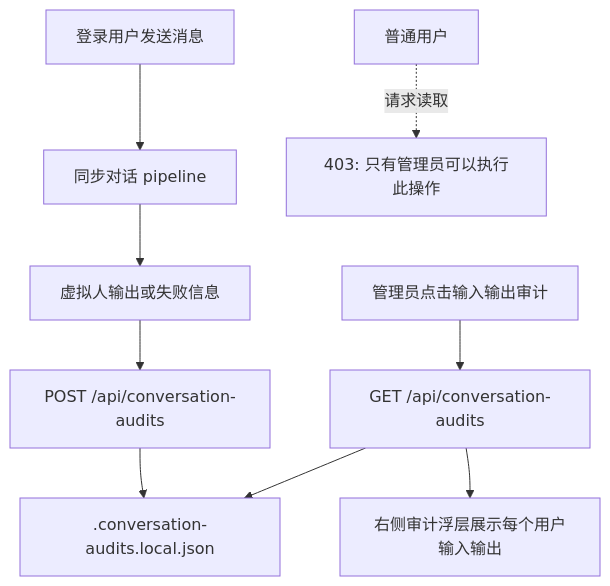
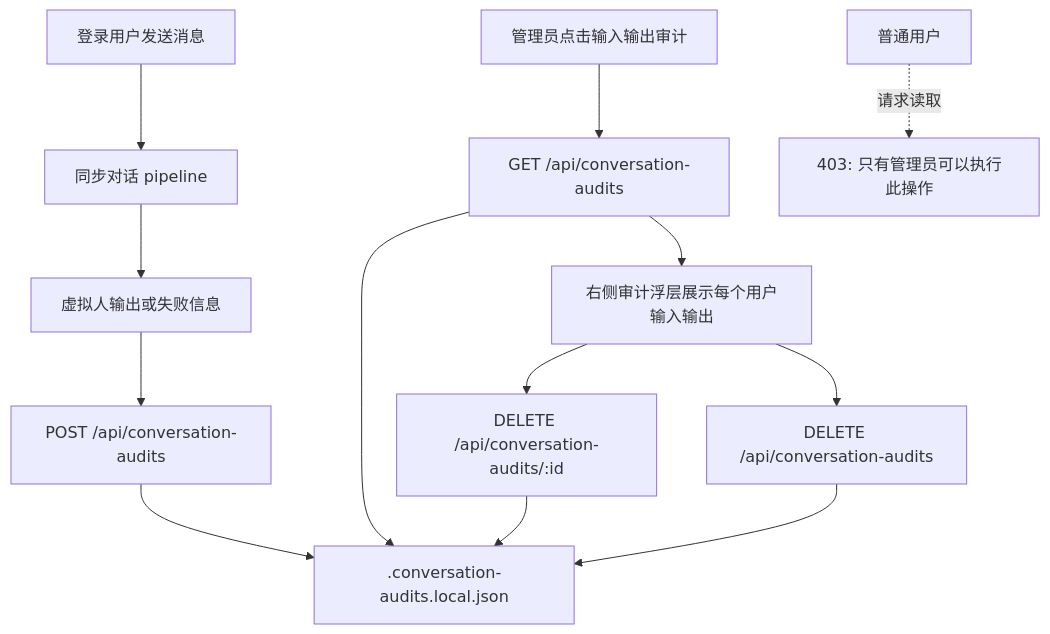
Before and after one commit to ttmanthatman/virtual-human-flow: the ninth of 30 diagrams in docs/SYSTEM_FLOW.md, drawn with Mermaid. The commit also changed other lines of this file and 13 other files, not shown here.

````diff
--- a/docs/SYSTEM_FLOW.md
+++ b/docs/SYSTEM_FLOW.md
@@ -212,11 +217,15 @@
 ```mermaid
 flowchart TD
     U[登录用户发送消息] --> PIPE[同步对话 pipeline]
     PIPE --> OUT[虚拟人输出或失败信息]
     OUT --> AUDIT[POST /api/conversation-audits]
     AUDIT --> STORE[.conversation-audits.local.json]
     ADMIN[管理员点击输入输出审计] --> READ[GET /api/conversation-audits]
     READ --> STORE
     READ --> UI[右侧审计浮层展示每个用户输入输出]
+    UI --> DELONE[DELETE /api/conversation-audits/:id]
+    UI --> CLEAR[DELETE /api/conversation-audits]
+    DELONE --> STORE
+    CLEAR --> STORE
     USER[普通用户] -. 请求读取 .-> DENY[403: 只有管理员可以执行此操作]
 ```
````
